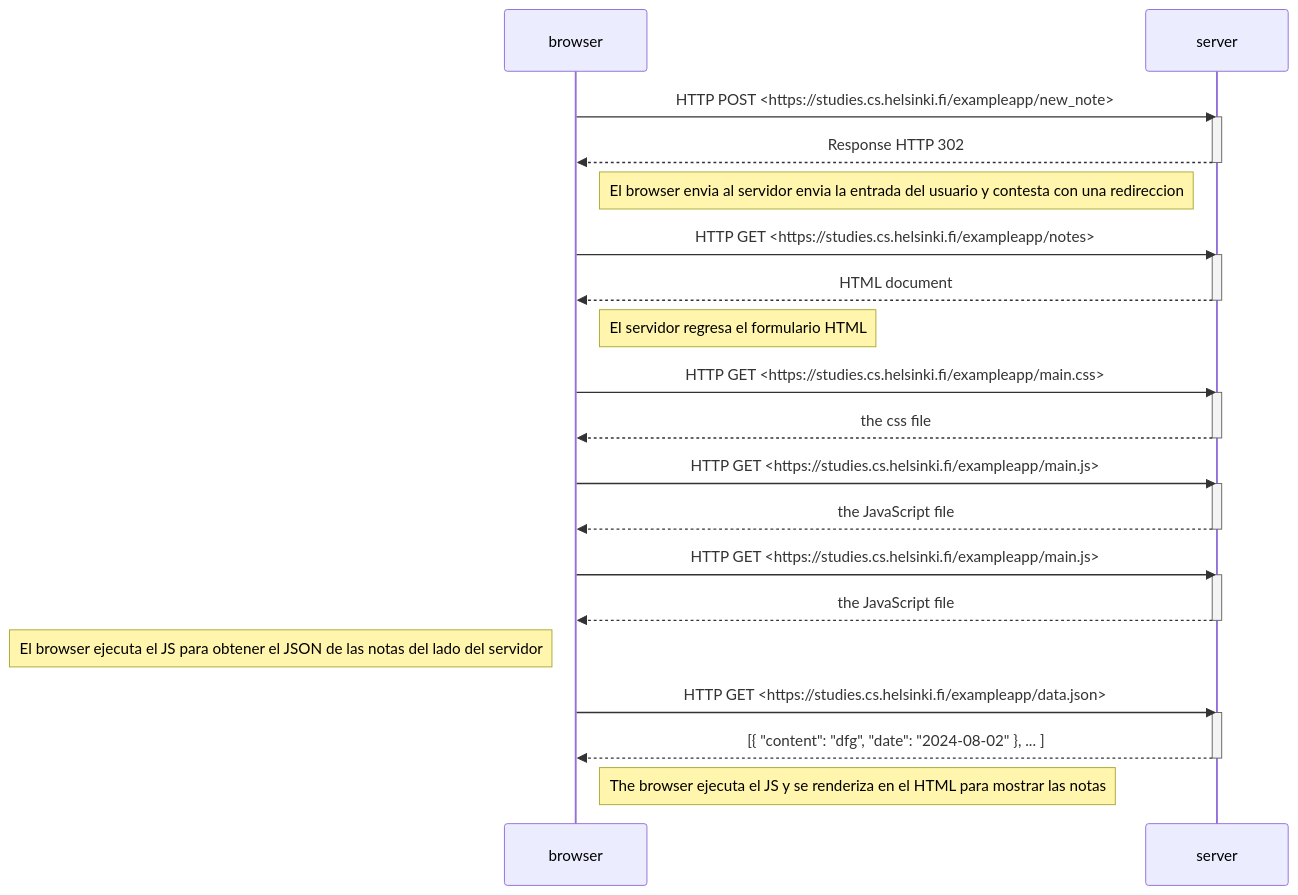
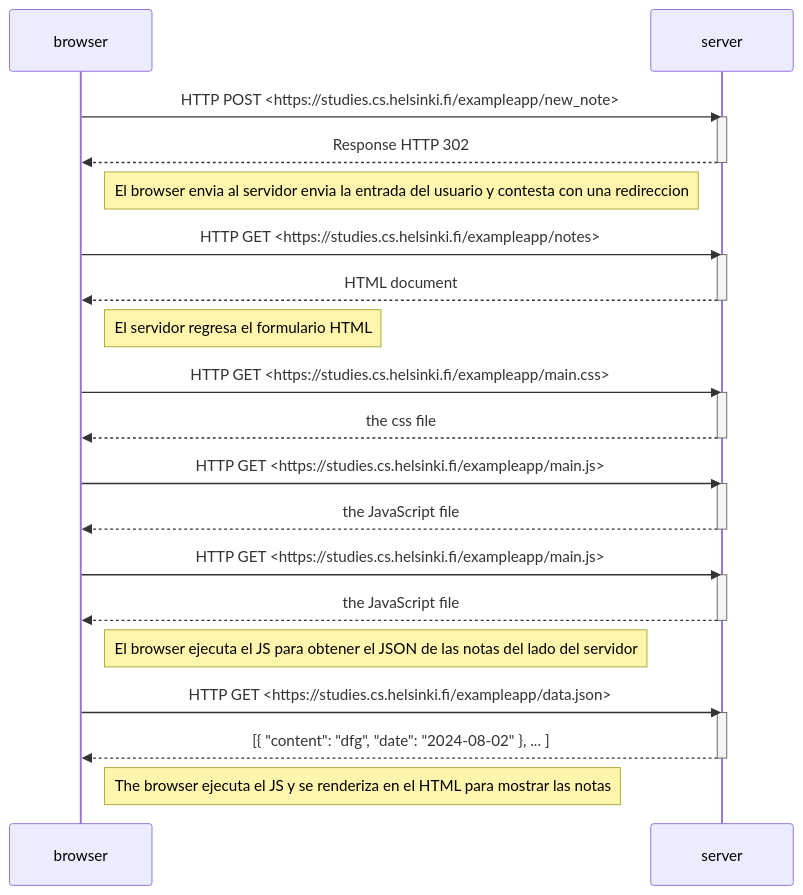
Before and after one commit to sirknio/exerc_hels_0: the diagram in README.md, drawn with Mermaid.

````diff
--- a/README.md
+++ b/README.md
@@ -6,47 +6,47 @@
 ```mermaid
 
 sequenceDiagram
     participant browser
     participant server
 
     browser->>server: HTTP POST <https://studies.cs.helsinki.fi/exampleapp/new_note>
     activate server
     server-->>browser: Response HTTP 302
     deactivate server
 
     Note right of browser: El browser envia al servidor envia la entrada del usuario y contesta con una redireccion
 
     browser->>server: HTTP GET <https://studies.cs.helsinki.fi/exampleapp/notes>
     activate server
     server-->>browser: HTML document
     deactivate server
 
     Note right of browser: El servidor regresa el formulario HTML
 
     browser->>server: HTTP GET <https://studies.cs.helsinki.fi/exampleapp/main.css>
     activate server
     server-->>browser: the css file
     deactivate server
 
     browser->>server: HTTP GET <https://studies.cs.helsinki.fi/exampleapp/main.js>
     activate server
     server-->>browser: the JavaScript file
     deactivate server
 
     browser->>server: HTTP GET <https://studies.cs.helsinki.fi/exampleapp/main.js>
     activate server
     server-->>browser: the JavaScript file
     deactivate server
 
-    Note left of browser: El browser ejecuta el JS para obtener el JSON de las notas del lado del servidor
+    Note right of browser: El browser ejecuta el JS para obtener el JSON de las notas del lado del servidor
 
 
     browser->>server: HTTP GET <https://studies.cs.helsinki.fi/exampleapp/data.json>
     activate server
     server-->>browser: [{ "content": "dfg", "date": "2024-08-02" }, ... ]
     deactivate server
 
     Note right of browser: The browser ejecuta el JS y se renderiza en el HTML para mostrar las notas
 
 
 ```
````
